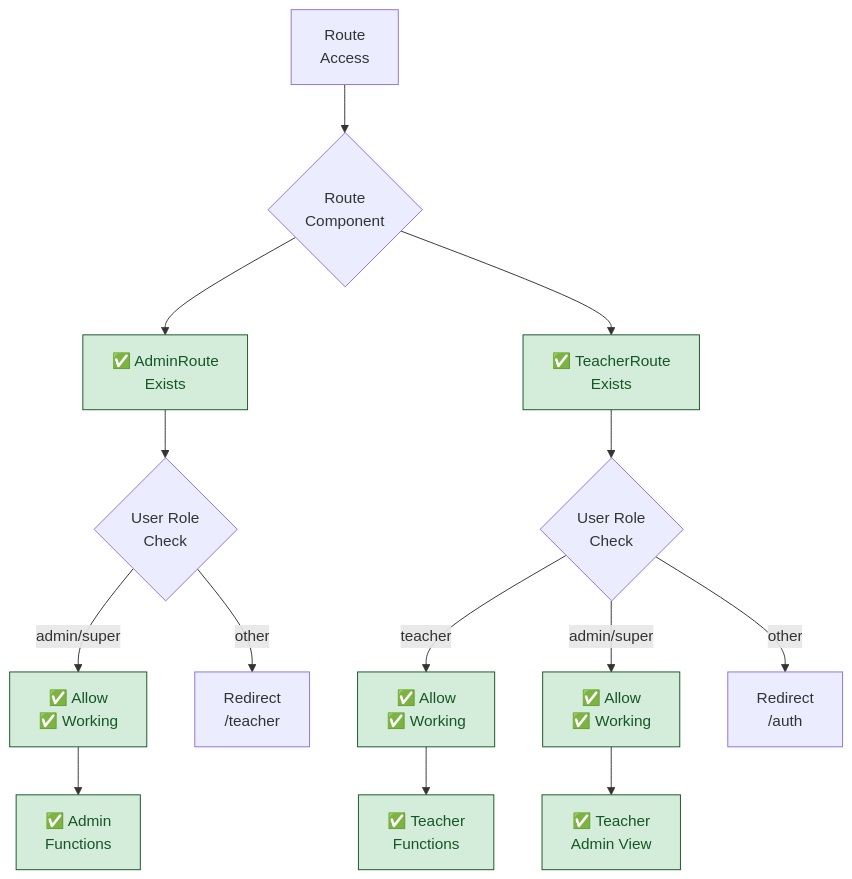
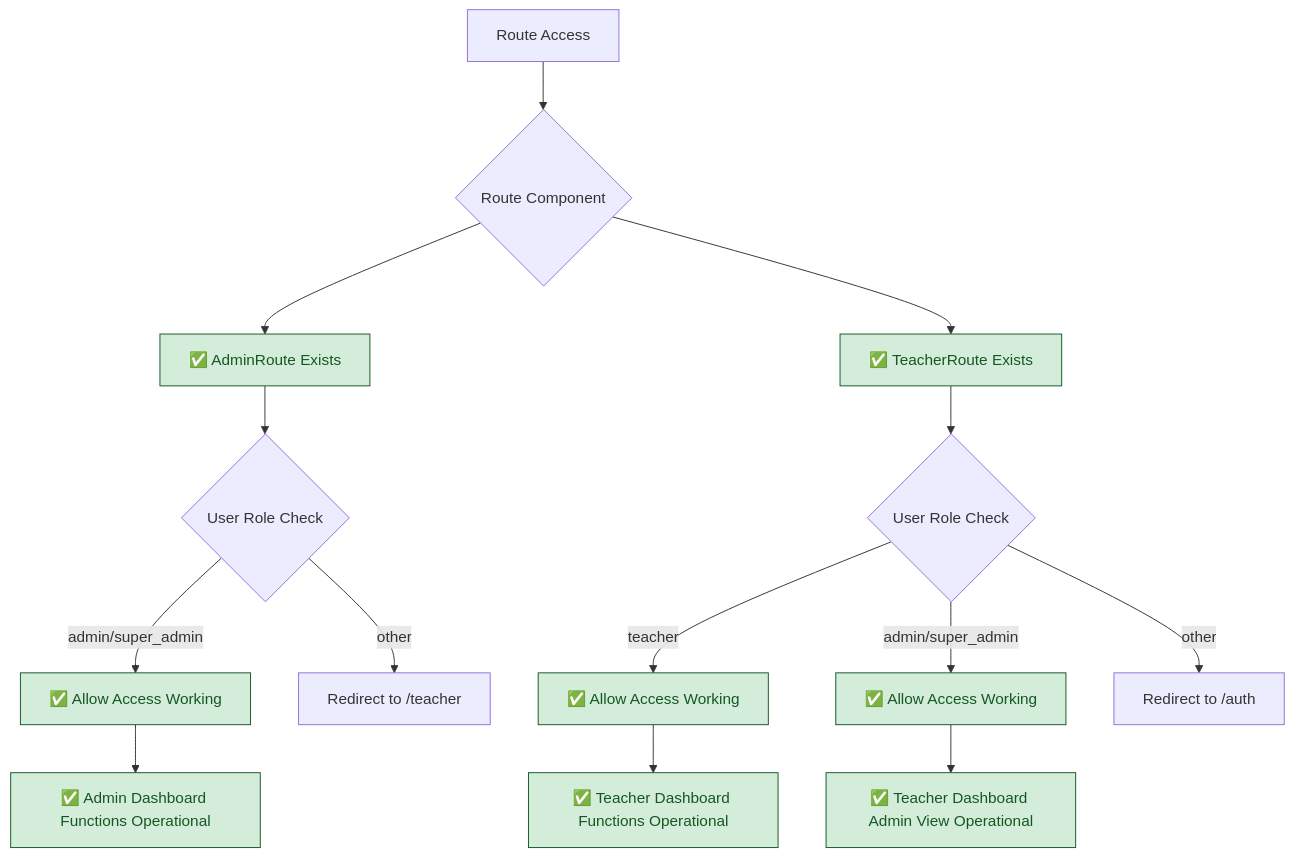
One commit to Splurfa/bx-os changed the second of 4 diagrams in docs/flowcharts/Current-State/01-current-authentication-complete.md. Above: the diagram before and after it, drawn with Mermaid. The commit also changed other lines of this file and 7 other files, not shown here.

Commit message:
Fix Mermaid text wrapping

````diff
--- a/docs/flowcharts/Current-State/01-current-authentication-complete.md
+++ b/docs/flowcharts/Current-State/01-current-authentication-complete.md
@@ -38,23 +38,23 @@
 ```mermaid
 flowchart TD
-    A[Route<br/>Access] --> B{Route<br/>Component}
-    B --> C[✅ AdminRoute<br/>Exists]
-    B --> D[✅ TeacherRoute<br/>Exists]
+    A["`Route Access`"] --> B{"`Route Component`"}
+    B --> C["`✅ AdminRoute Exists`"]
+    B --> D["`✅ TeacherRoute Exists`"]
     
-    C --> E{User Role<br/>Check}
-    E -->|admin/super| F[✅ Allow<br/>✅ Working]
-    E -->|other| G[Redirect<br/>/teacher]
+    C --> E{"`User Role Check`"}
+    E -->|admin/super_admin| F["`✅ Allow Access Working`"]
+    E -->|other| G["`Redirect to /teacher`"]
     
-    D --> H{User Role<br/>Check}
-    H -->|teacher| I[✅ Allow<br/>✅ Working]
-    H -->|admin/super| J[✅ Allow<br/>✅ Working]
-    H -->|other| K[Redirect<br/>/auth]
+    D --> H{"`User Role Check`"}
+    H -->|teacher| I["`✅ Allow Access Working`"]
+    H -->|admin/super_admin| J["`✅ Allow Access Working`"]
+    H -->|other| K["`Redirect to /auth`"]
     
-    F --> L[✅ Admin<br/>Functions]
-    I --> M[✅ Teacher<br/>Functions]
-    J --> N[✅ Teacher<br/>Admin View]
+    F --> L["`✅ Admin Dashboard Functions Operational`"]
+    I --> M["`✅ Teacher Dashboard Functions Operational`"]
+    J --> N["`✅ Teacher Dashboard Admin View Operational`"]
     
     classDef working fill:#d4edda,stroke:#155724,color:#155724
     
     class C,D,F,I,J,L,M,N working
 ```
````
